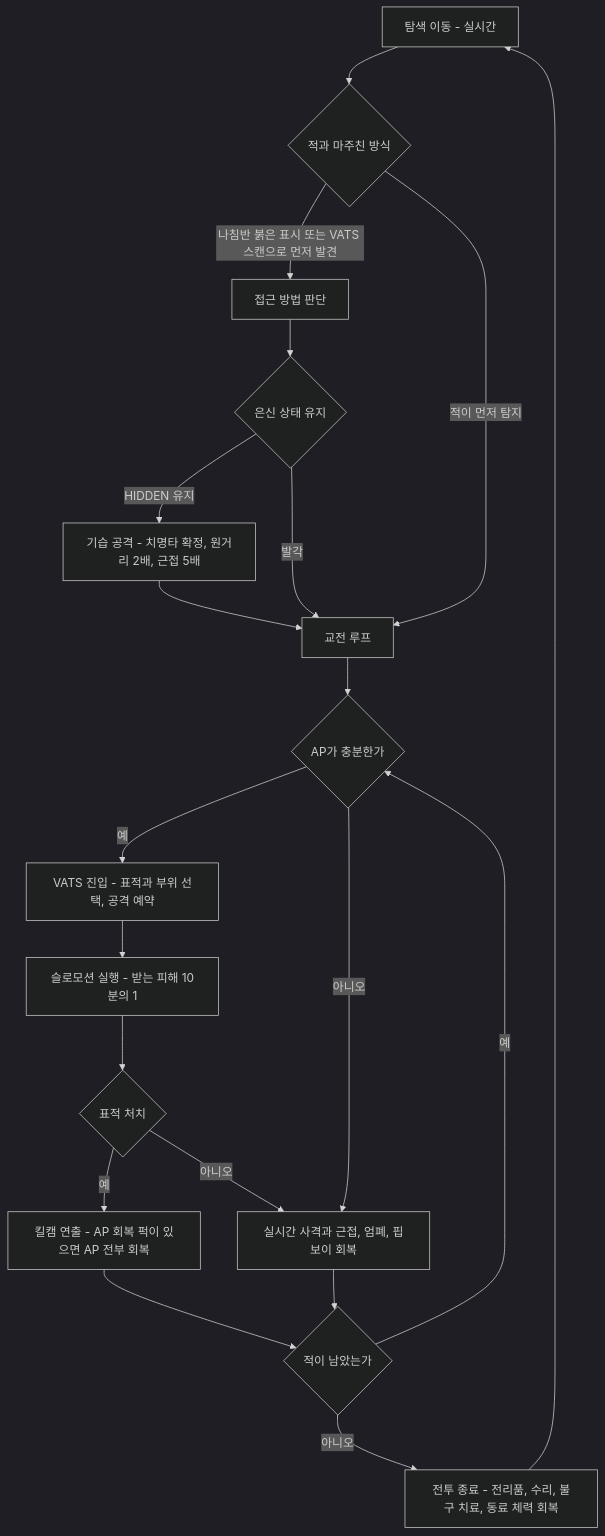
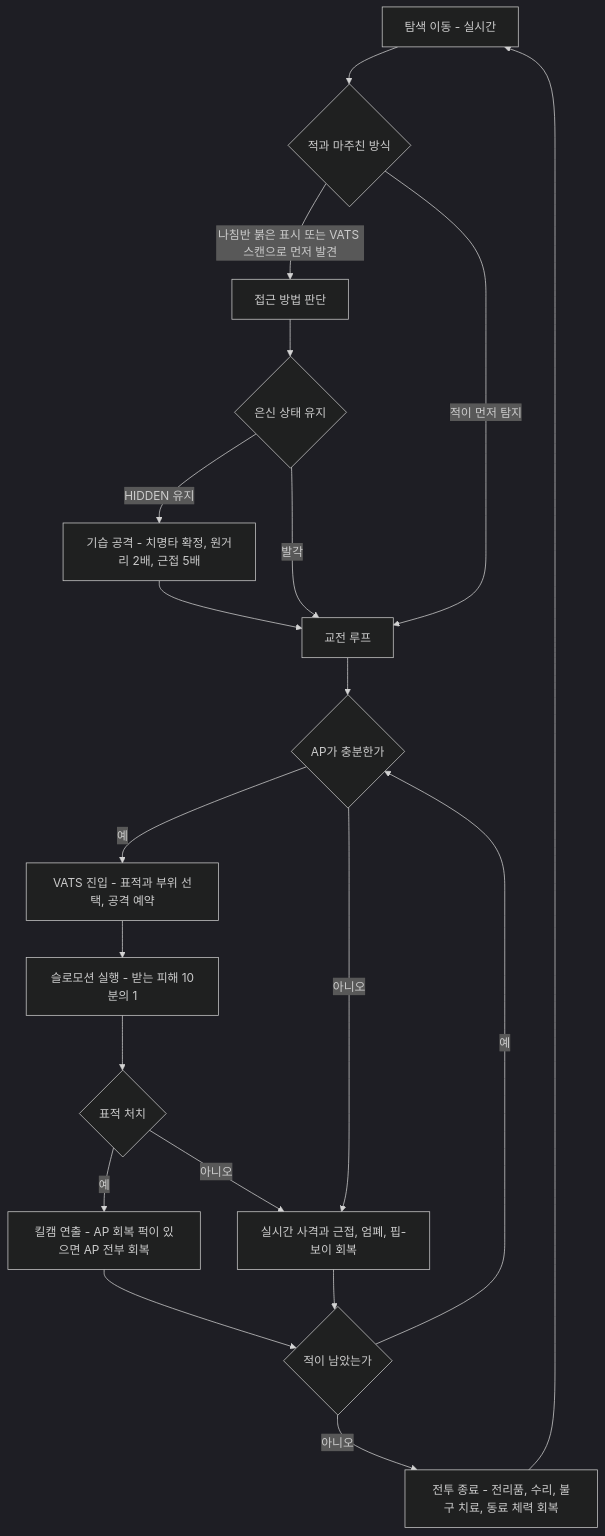
One commit to forsurvive/003 changed the first of 4 diagrams in docs/reverse-design/16_combat-system.md. Above: the diagram before and after it, drawn with Mermaid (dark theme). The commit also changed other lines of this file and 17 other files, not shown here.

````diff
--- a/docs/reverse-design/16_combat-system.md
+++ b/docs/reverse-design/16_combat-system.md
@@ -117,22 +117,22 @@
 ```mermaid
 flowchart TD
   A["탐색 이동 - 실시간"] --> B{"적과 마주친 방식"}
   B -->|"나침반 붉은 표시 또는 VATS 스캔으로 먼저 발견"| C["접근 방법 판단"]
   B -->|"적이 먼저 탐지"| F["교전 루프"]
   C --> D{"은신 상태 유지"}
   D -->|"HIDDEN 유지"| E["기습 공격 - 치명타 확정, 원거리 2배, 근접 5배"]
   D -->|"발각"| F
   E --> F
   F --> G{"AP가 충분한가"}
   G -->|"예"| H["VATS 진입 - 표적과 부위 선택, 공격 예약"]
-  G -->|"아니오"| I["실시간 사격과 근접, 엄폐, 핍보이 회복"]
+  G -->|"아니오"| I["실시간 사격과 근접, 엄폐, 핍-보이 회복"]
   H --> J["슬로모션 실행 - 받는 피해 10분의 1"]
   J --> K{"표적 처치"}
   K -->|"예"| L["킬캠 연출 - AP 회복 퍽이 있으면 AP 전부 회복"]
   K -->|"아니오"| I
   L --> M{"적이 남았는가"}
   I --> M
   M -->|"예"| G
   M -->|"아니오"| N["전투 종료 - 전리품, 수리, 불구 치료, 동료 체력 회복"]
   N --> A
 ```
````
